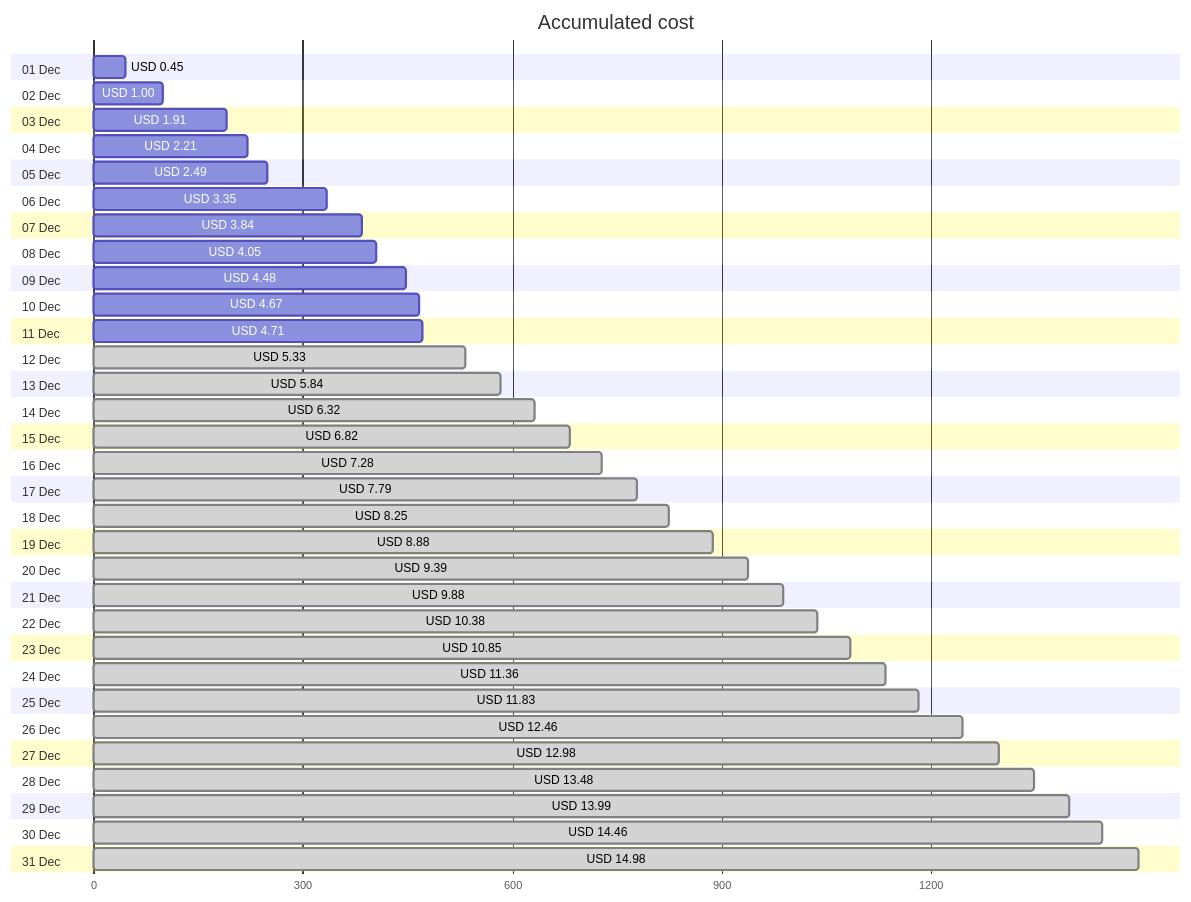
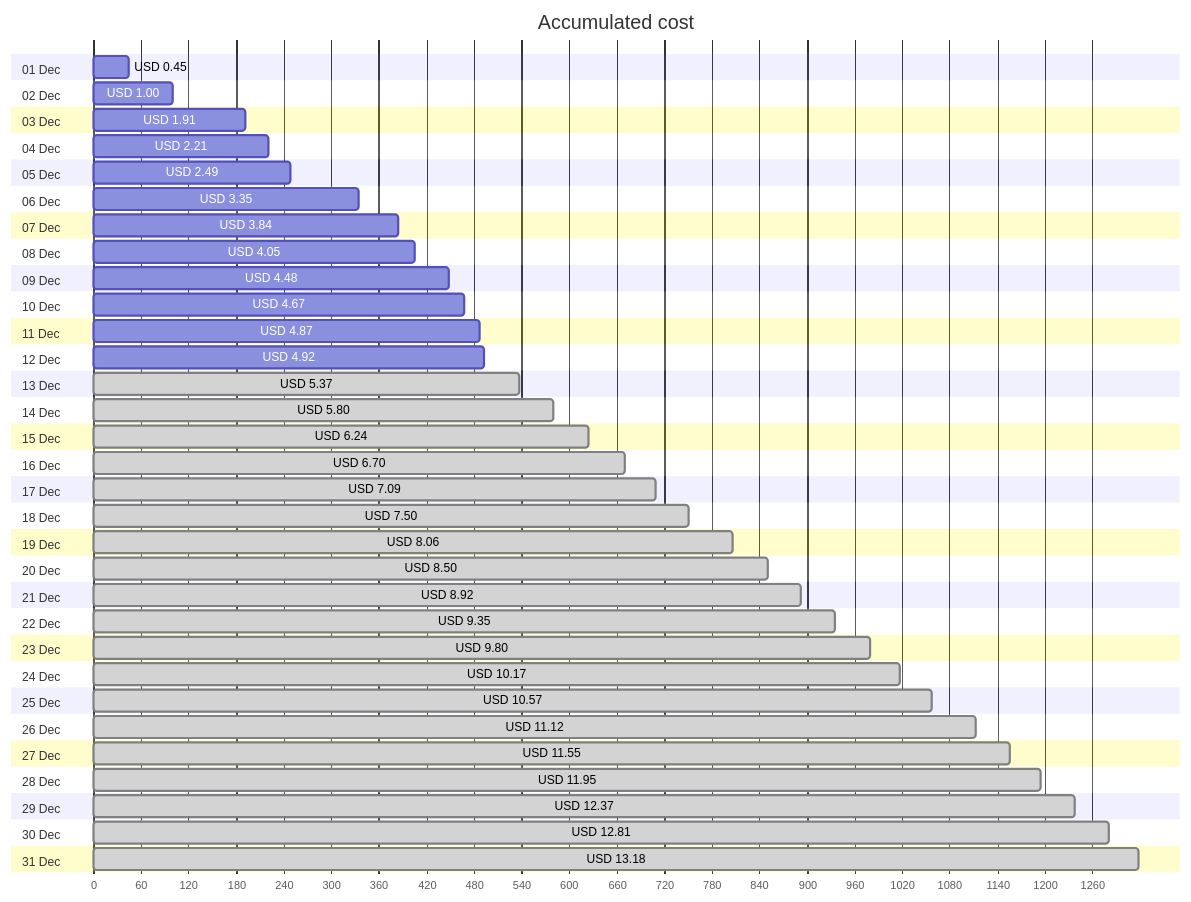
One commit to jpfulton/azure-personal-reports changed the first of 4 diagrams in cost-reports/personal-network/vpn-server.md. Above: the diagram before and after it, drawn with Mermaid. The commit also changed other lines of this file and 8 other files, not shown here.

````diff
--- a/cost-reports/personal-network/vpn-server.md
+++ b/cost-reports/personal-network/vpn-server.md
@@ -20,68 +20,68 @@
 ```mermaid
 gantt
    title Accumulated cost
    dateFormat  X
    axisFormat %s
    section 01 Dec
    USD 0.45 :0, 45
    section 02 Dec
    USD 1.00 :0, 100
    section 03 Dec
    USD 1.91 :0, 191
    section 04 Dec
    USD 2.21 :0, 221
    section 05 Dec
    USD 2.49 :0, 249
    section 06 Dec
    USD 3.35 :0, 335
    section 07 Dec
    USD 3.84 :0, 384
    section 08 Dec
    USD 4.05 :0, 405
    section 09 Dec
    USD 4.48 :0, 448
    section 10 Dec
    USD 4.67 :0, 467
    section 11 Dec
-   USD 4.71 :0, 471
+   USD 4.87 :0, 487
    section 12 Dec
-   USD 5.33 : done, 0, 533
+   USD 4.92 :0, 492
    section 13 Dec
-   USD 5.84 : done, 0, 584
+   USD 5.37 : done, 0, 537
    section 14 Dec
-   USD 6.32 : done, 0, 632
+   USD 5.80 : done, 0, 580
    section 15 Dec
-   USD 6.82 : done, 0, 682
+   USD 6.24 : done, 0, 624
    section 16 Dec
-   USD 7.28 : done, 0, 728
+   USD 6.70 : done, 0, 670
    section 17 Dec
-   USD 7.79 : done, 0, 779
+   USD 7.09 : done, 0, 709
    section 18 Dec
-   USD 8.25 : done, 0, 825
+   USD 7.50 : done, 0, 750
    section 19 Dec
-   USD 8.88 : done, 0, 888
+   USD 8.06 : done, 0, 806
    section 20 Dec
-   USD 9.39 : done, 0, 939
+   USD 8.50 : done, 0, 850
    section 21 Dec
-   USD 9.88 : done, 0, 988
+   USD 8.92 : done, 0, 892
    section 22 Dec
-   USD 10.38 : done, 0, 1038
+   USD 9.35 : done, 0, 935
    section 23 Dec
-   USD 10.85 : done, 0, 1085
+   USD 9.80 : done, 0, 980
    section 24 Dec
-   USD 11.36 : done, 0, 1136
+   USD 10.17 : done, 0, 1017
    section 25 Dec
-   USD 11.83 : done, 0, 1183
+   USD 10.57 : done, 0, 1057
    section 26 Dec
-   USD 12.46 : done, 0, 1246
+   USD 11.12 : done, 0, 1112
    section 27 Dec
-   USD 12.98 : done, 0, 1298
+   USD 11.55 : done, 0, 1155
    section 28 Dec
-   USD 13.48 : done, 0, 1348
+   USD 11.95 : done, 0, 1195
    section 29 Dec
-   USD 13.99 : done, 0, 1399
+   USD 12.37 : done, 0, 1237
    section 30 Dec
-   USD 14.46 : done, 0, 1446
+   USD 12.81 : done, 0, 1281
    section 31 Dec
-   USD 14.98 : done, 0, 1498
+   USD 13.18 : done, 0, 1318
 ```
````
